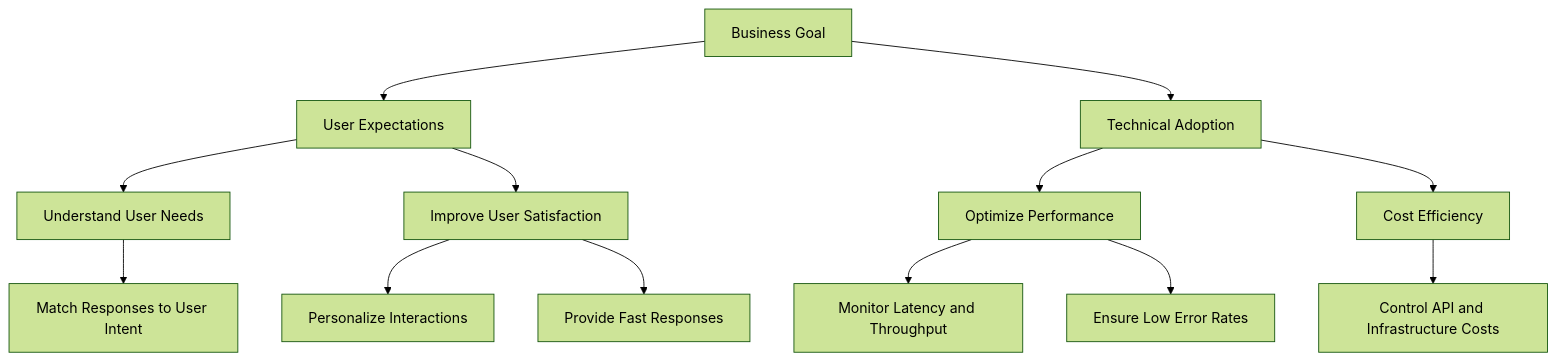
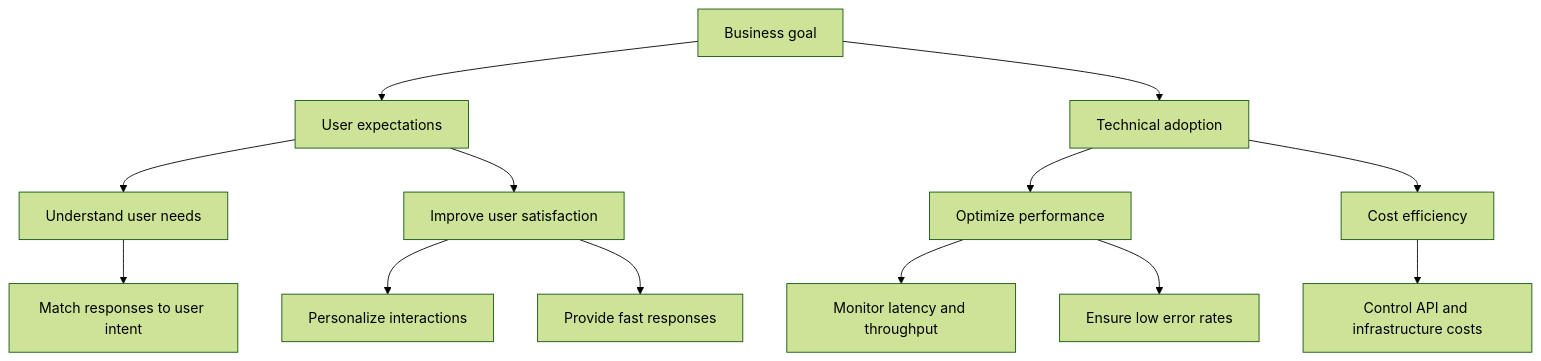
The fourth of 4 diagrams in AI/Building LLM system/evaluation-guideline-for-LLM-application.md (dwarvesf/playground), drawn with Mermaid (forest theme) before and after one commit. The commit also changed other lines of this file and 17 other files, not shown here.

````diff
--- a/AI/Building LLM system/evaluation-guideline-for-LLM-application.md
+++ b/AI/Building LLM system/evaluation-guideline-for-LLM-application.md
@@ -129,18 +130,18 @@
 ```mermaid
 graph TD
-  A[Business Goal]
+  A[Business goal]
 
-  A --> B[User Expectations]
-  B --> C[Understand User Needs]
-  C --> D[Match Responses to User Intent]
-  B --> E[Improve User Satisfaction]
-  E --> F[Personalize Interactions]
-  E --> G[Provide Fast Responses]
+  A --> B[User expectations]
+  B --> C[Understand user needs]
+  C --> D[Match responses to user intent]
+  B --> E[Improve user satisfaction]
+  E --> F[Personalize interactions]
+  E --> G[Provide fast responses]
 
-  A --> H[Technical Adoption]
-  H --> I[Optimize Performance]
-  I --> J[Monitor Latency and Throughput]
-  I --> K[Ensure Low Error Rates]
-  H --> L[Cost Efficiency]
-  L --> N[Control API and Infrastructure Costs]
+  A --> H[Technical adoption]
+  H --> I[Optimize performance]
+  I --> J[Monitor latency and throughput]
+  I --> K[Ensure low error rates]
+  H --> L[Cost efficiency]
+  L --> N[Control API and infrastructure costs]
 ```
````
